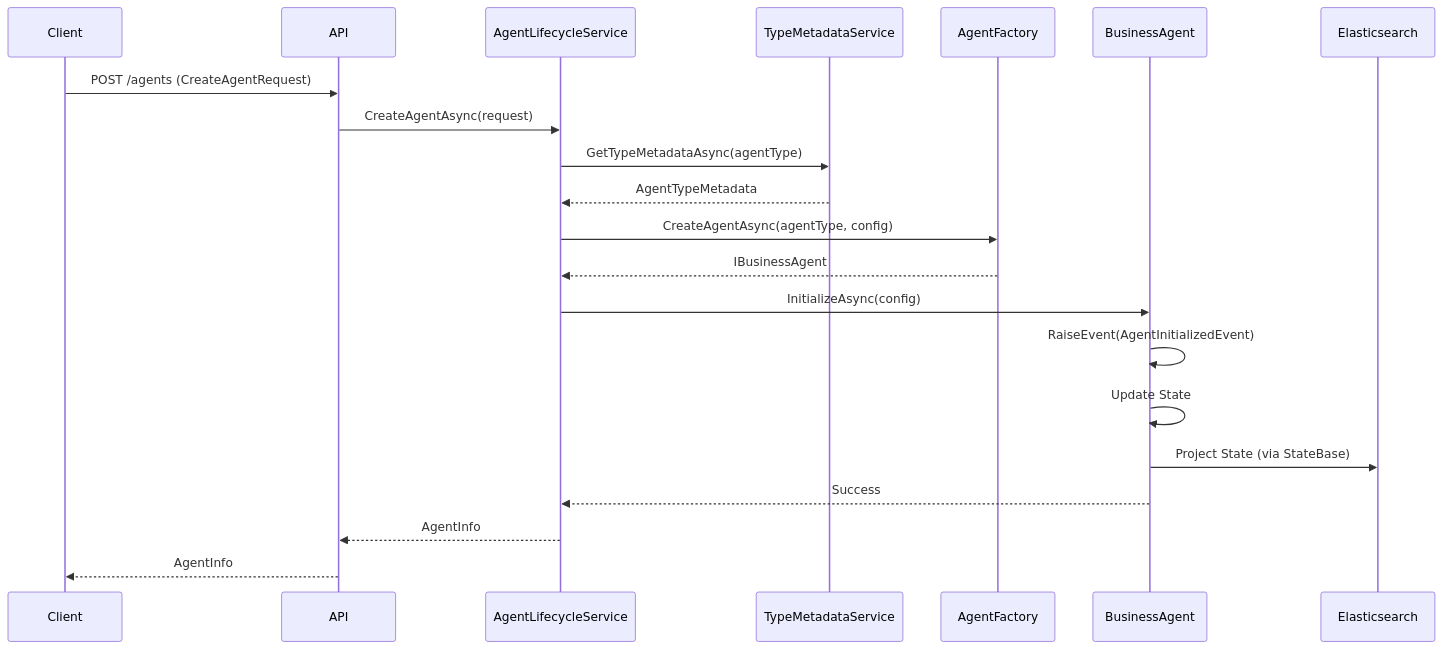
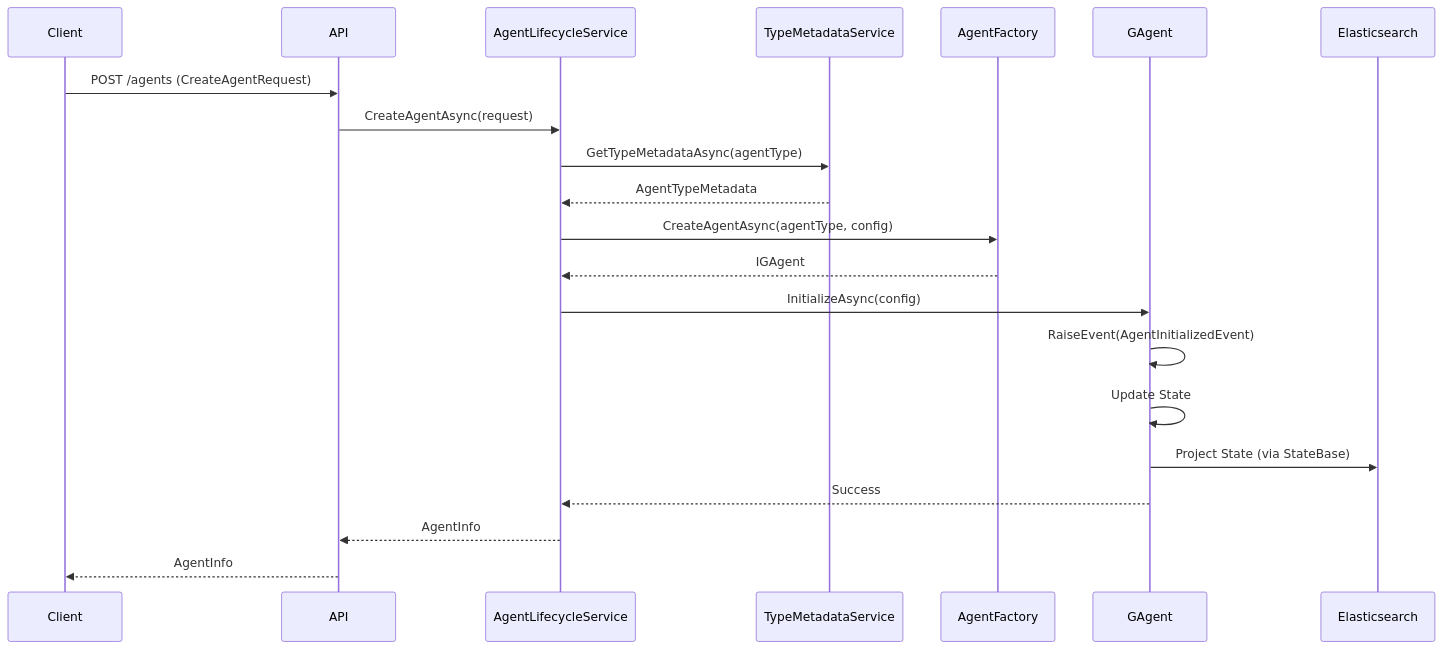
The second of 4 diagrams in Agent-Management-Architecture-Proposal.md (aevatarAI/aevatar-station), drawn with Mermaid before and after one commit. The commit also changed other lines of this file, not shown here.

First line of the commit message:
refactor: update agent architecture to use GAgentBase directly

````diff
--- a/Agent-Management-Architecture-Proposal.md
+++ b/Agent-Management-Architecture-Proposal.md
@@ -280,24 +275,24 @@
 ```mermaid
 sequenceDiagram
     participant Client
     participant API
     participant ALS as AgentLifecycleService
     participant TMS as TypeMetadataService
     participant AF as AgentFactory
-    participant BA as BusinessAgent
+    participant GA as GAgent
     participant ES as Elasticsearch
     
     Client->>API: POST /agents (CreateAgentRequest)
     API->>ALS: CreateAgentAsync(request)
     ALS->>TMS: GetTypeMetadataAsync(agentType)
     TMS-->>ALS: AgentTypeMetadata
     ALS->>AF: CreateAgentAsync(agentType, config)
-    AF-->>ALS: IBusinessAgent
-    ALS->>BA: InitializeAsync(config)
-    BA->>BA: RaiseEvent(AgentInitializedEvent)
-    BA->>BA: Update State
-    BA->>ES: Project State (via StateBase)
-    BA-->>ALS: Success
+    AF-->>ALS: IGAgent
+    ALS->>GA: InitializeAsync(config)
+    GA->>GA: RaiseEvent(AgentInitializedEvent)
+    GA->>GA: Update State
+    GA->>ES: Project State (via StateBase)
+    GA-->>ALS: Success
     ALS-->>API: AgentInfo
     API-->>Client: AgentInfo
 ```
````
